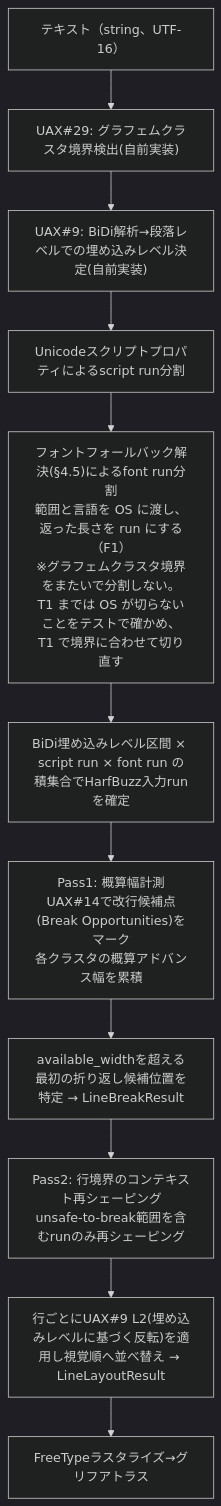
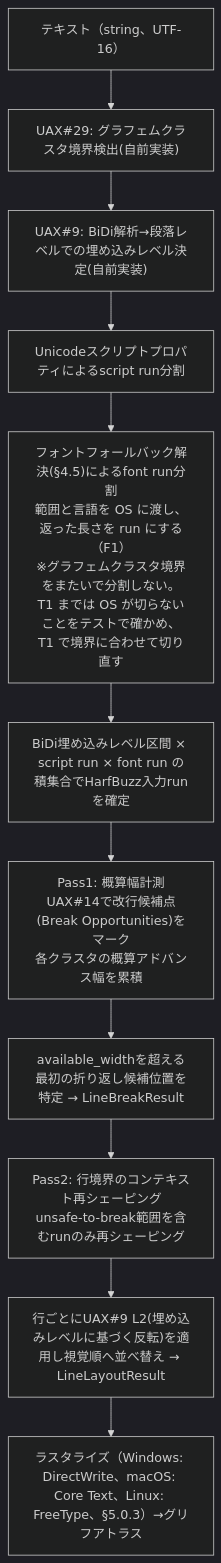
The fifth of 7 diagrams in docs/design.ja.md (YUKIKEDA/XylemUI), drawn with Mermaid (dark theme) before and after one commit. The commit also changed other lines of this file and 2 other files, not shown here.

````diff
--- a/docs/design.ja.md
+++ b/docs/design.ja.md
@@ -1812,13 +1812,13 @@
 ```mermaid
 flowchart TD
     A["テキスト（string、UTF-16）"] --> B["UAX#29: グラフェムクラスタ境界検出(自前実装)"]
     B --> C["UAX#9: BiDi解析→段落レベルでの埋め込みレベル決定(自前実装)"]
     C --> D["Unicodeスクリプトプロパティによるscript run分割"]
     D --> E["フォントフォールバック解決(§4.5)によるfont run分割<br/>範囲と言語を OS に渡し、返った長さを run にする（F1）<br/>※グラフェムクラスタ境界をまたいで分割しない。T1 までは OS が切らないことをテストで確かめ、T1 で境界に合わせて切り直す"]
     E --> F["BiDi埋め込みレベル区間 × script run × font run の積集合でHarfBuzz入力runを確定"]
     F --> P1["Pass1: 概算幅計測<br/>UAX#14で改行候補点(Break Opportunities)をマーク<br/>各クラスタの概算アドバンス幅を累積"]
     P1 --> BREAK["available_widthを超える最初の折り返し候補位置を特定 → LineBreakResult"]
     BREAK --> P2["Pass2: 行境界のコンテキスト再シェーピング<br/>unsafe-to-break範囲を含むrunのみ再シェーピング"]
     P2 --> J["行ごとにUAX#9 L2(埋め込みレベルに基づく反転)を適用し視覚順へ並べ替え → LineLayoutResult"]
-    J --> K["FreeTypeラスタライズ→グリフアトラス"]
+    J --> K["ラスタライズ（Windows: DirectWrite、macOS: Core Text、Linux: FreeType、§5.0.3）→グリフアトラス"]
 ```
````
